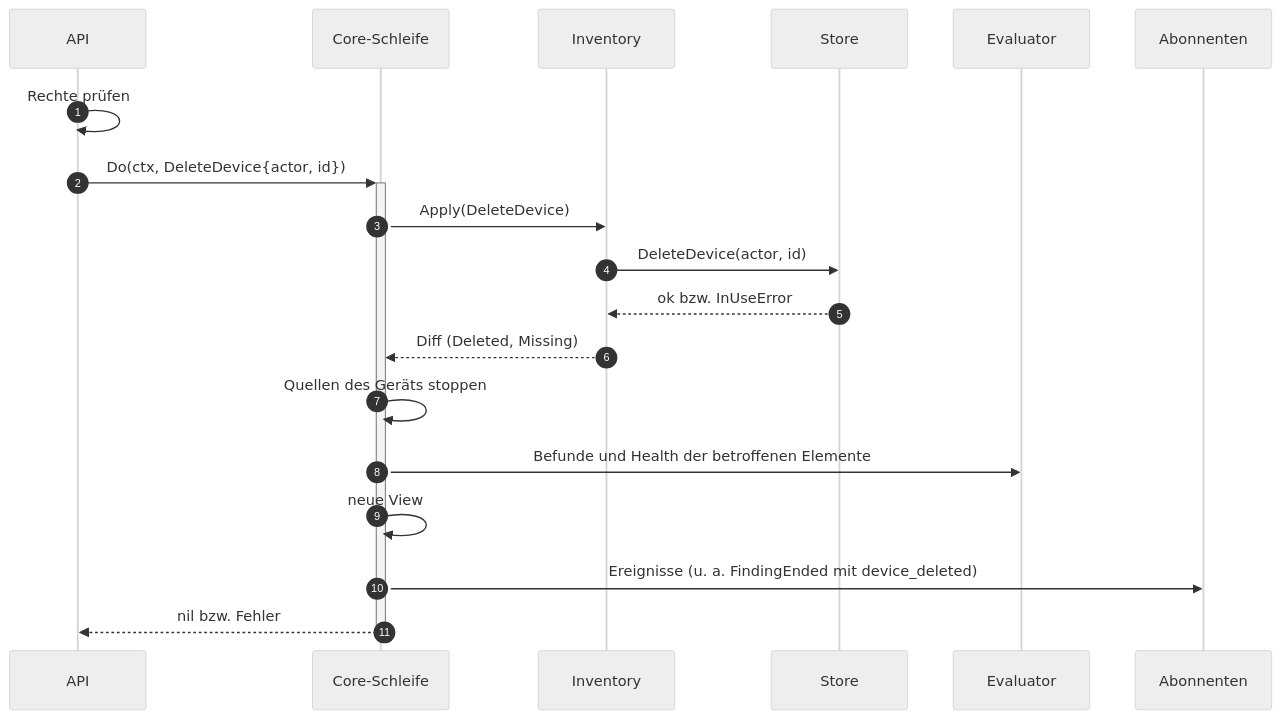
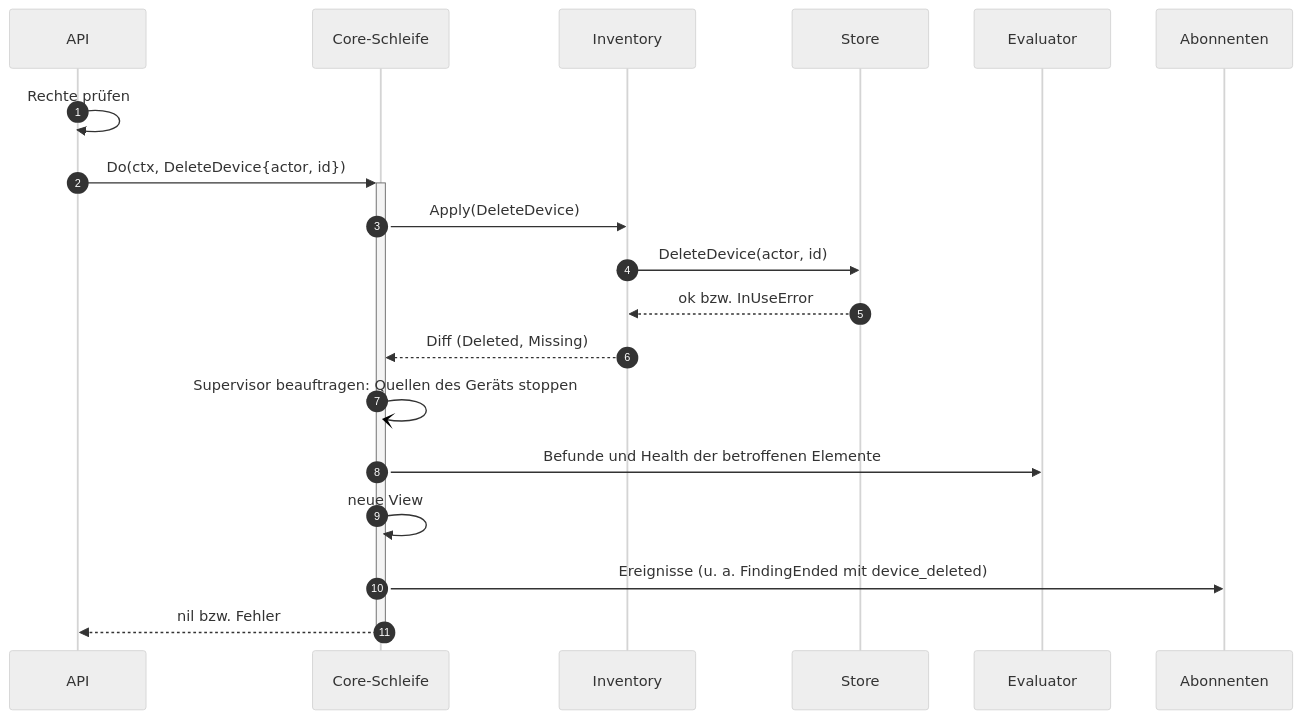
Before and after one commit to lukirs95/monika: the fourth of 6 diagrams in docs/contracts/core.md, drawn with Mermaid (neutral theme). The commit also changed other lines of this file and 3 other files, not shown here.

First line of the commit message:
add flows contract and sharpen core contract

````diff
--- a/docs/contracts/core.md
+++ b/docs/contracts/core.md
@@ -211,22 +213,22 @@
 ```mermaid
 sequenceDiagram
     autonumber
     participant A as API
     participant L as Core-Schleife
     participant I as Inventory
     participant S as Store
     participant E as Evaluator
     participant B as Abonnenten
 
     A->>A: Rechte prüfen
     A->>+L: Do(ctx, DeleteDevice{actor, id})
     L->>I: Apply(DeleteDevice)
     I->>S: DeleteDevice(actor, id)
     S-->>I: ok bzw. InUseError
     I-->>L: Diff (Deleted, Missing)
-    L->>L: Quellen des Geräts stoppen
+    L-)L: Supervisor beauftragen: Quellen des Geräts stoppen
     L->>E: Befunde und Health der betroffenen Elemente
     L->>L: neue View
     L->>B: Ereignisse (u. a. FindingEnded mit device_deleted)
     L-->>-A: nil bzw. Fehler
 ```
````
